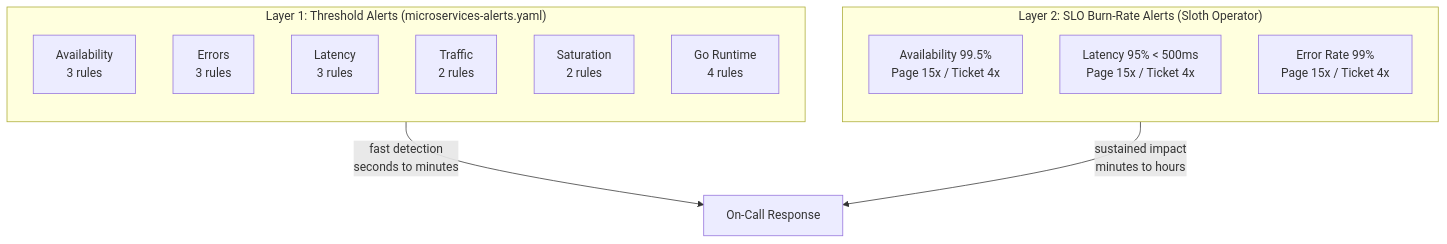
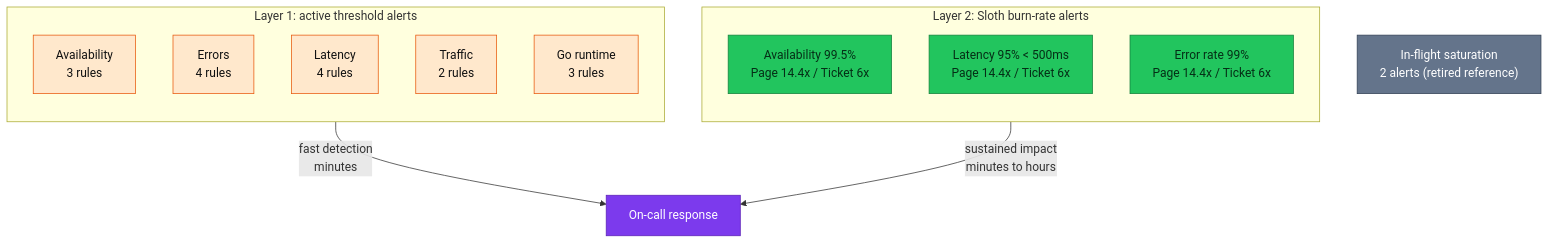
Before and after one commit to duynhlab/homelab: the first of 5 diagrams in docs/observability/runbooks/microservices-alerts.md, drawn with Mermaid. The commit also changed other lines of this file and 33 other files, not shown here.

First line of the commit message:
Refresh observability diagrams (#516)

````diff
--- a/docs/observability/runbooks/microservices-alerts.md
+++ b/docs/observability/runbooks/microservices-alerts.md
@@ -35,22 +36,33 @@
 ```mermaid
 flowchart TD
-    subgraph layer1 ["Layer 1: Threshold Alerts (microservices-alerts.yaml)"]
+    subgraph layer1["Layer 1: active threshold alerts"]
         direction TB
-        A1["Availability\n3 rules"]
-        A2["Errors\n3 rules"]
-        A3["Latency\n3 rules"]
-        A4["Traffic\n2 rules"]
-        A5["Saturation\n2 rules"]
-        A6["Go Runtime\n4 rules"]
+        availability["Availability<br/>3 rules"]
+        errors["Errors<br/>4 rules"]
+        latency["Latency<br/>4 rules"]
+        traffic["Traffic<br/>2 rules"]
+        runtime["Go runtime<br/>3 rules"]
     end
 
-    subgraph layer2 ["Layer 2: SLO Burn-Rate Alerts (Sloth Operator)"]
+    subgraph layer2["Layer 2: Sloth burn-rate alerts"]
         direction TB
-        S1["Availability 99.5%\nPage 15x / Ticket 4x"]
-        S2["Latency 95% < 500ms\nPage 15x / Ticket 4x"]
-        S3["Error Rate 99%\nPage 15x / Ticket 4x"]
+        sloAvailability["Availability 99.5%<br/>Page 14.4x / Ticket 6x"]
+        sloLatency["Latency 95% < 500ms<br/>Page 14.4x / Ticket 6x"]
+        sloErrors["Error rate 99%<br/>Page 14.4x / Ticket 6x"]
     end
 
-    layer1 -->|"fast detection\nseconds to minutes"| Response["On-Call Response"]
-    layer2 -->|"sustained impact\nminutes to hours"| Response
+    retired["In-flight saturation<br/>2 alerts (retired reference)"]
+    response["On-call response"]
+
+    layer1 -->|"fast detection<br/>minutes"| response
+    layer2 -->|"sustained impact<br/>minutes to hours"| response
+
+    classDef data fill:#22c55e,color:#052e16,stroke:#15803d;
+    classDef metric fill:#ffe8cc,color:#111,stroke:#e8590c;
+    classDef platform fill:#7c3aed,color:#fff,stroke:#5b21b6;
+    classDef external fill:#64748b,color:#fff,stroke:#334155;
+    class availability,errors,latency,traffic,runtime metric;
+    class sloAvailability,sloLatency,sloErrors data;
+    class response platform;
+    class retired external;
 ```
````
